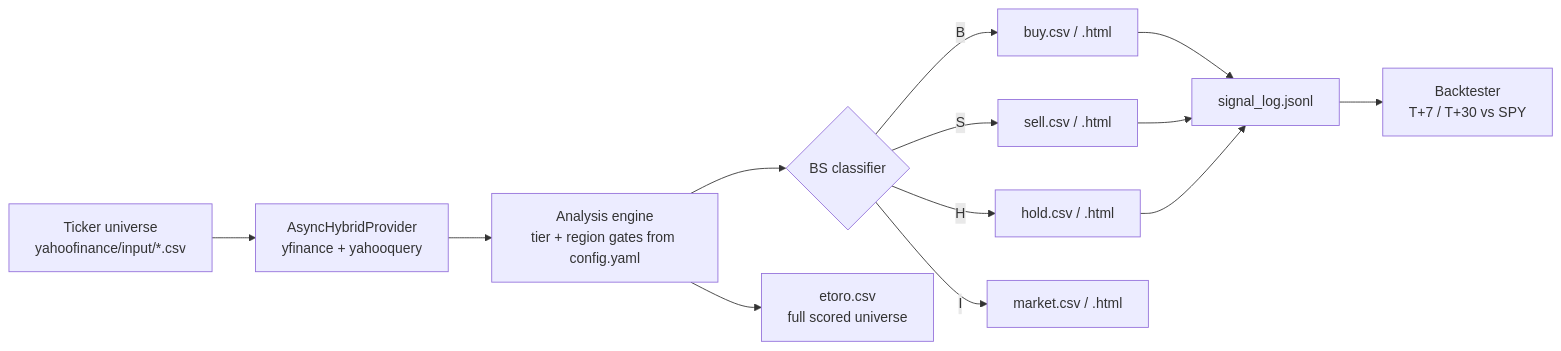
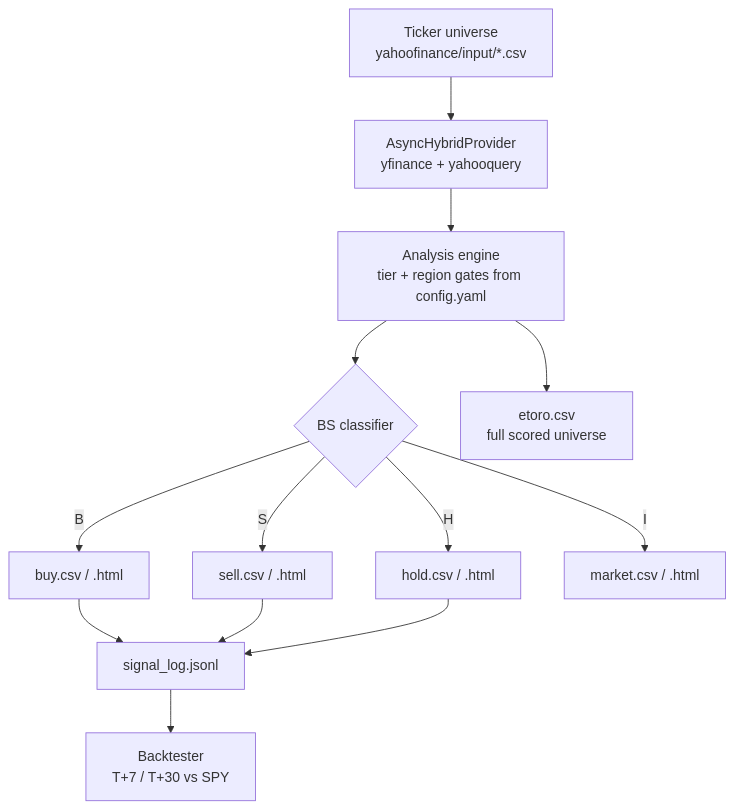
The diagram in README.md (weirdapps/etorotrade), drawn with Mermaid before and after one commit.

Commit message:
docs: switch README architecture diagram to vertical layout
Convert the Mermaid diagram from horizontal (LR) to vertical (TD) so it renders
without horizontal scrolling in the GitHub README column.

````diff
--- a/README.md
+++ b/README.md
@@ -37,13 +37,13 @@
 ```mermaid
-flowchart LR
+flowchart TD
     A[Ticker universe<br/>yahoofinance/input/*.csv] --> B[AsyncHybridProvider<br/>yfinance + yahooquery]
     B --> C[Analysis engine<br/>tier + region gates from config.yaml]
     C --> D{BS classifier}
     D -->|B| E[buy.csv / .html]
     D -->|S| F[sell.csv / .html]
     D -->|H| G[hold.csv / .html]
     D -->|I| H[market.csv / .html]
     C --> I[etoro.csv<br/>full scored universe]
     E & F & G --> J[signal_log.jsonl]
     J --> K[Backtester<br/>T+7 / T+30 vs SPY]
 ```
````
